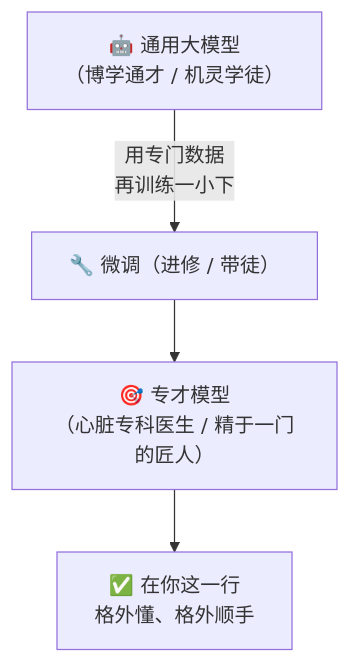
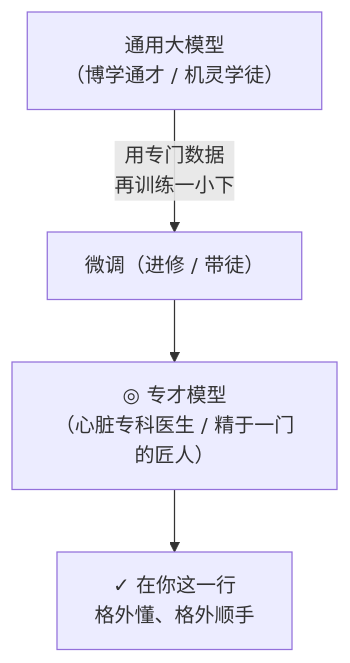
The second of 6 diagrams in docs/02_CONCEPTS_概念入门/CONCEPT/[CONCEPT-25] 什么是微调-FineTuning.md (luckykhy/KhyAiHub), drawn with Mermaid before and after one commit. The commit also changed other lines of this file, not shown here.

````diff
--- a/docs/02_CONCEPTS_概念入门/CONCEPT/[CONCEPT-25] 什么是微调-FineTuning.md
+++ b/docs/02_CONCEPTS_概念入门/CONCEPT/[CONCEPT-25] 什么是微调-FineTuning.md
@@ -72,7 +72,7 @@
 ```mermaid
 flowchart TB
-  BASE["🤖 通用大模型<br/>（博学通才 / 机灵学徒）"]
-  BASE -->|"用专门数据<br/>再训练一小下"| FT["🔧 微调（进修 / 带徒）"]
-  FT --> EXPERT["🎯 专才模型<br/>（心脏专科医生 / 精于一门的匠人）"]
-  EXPERT --> USE["✅ 在你这一行<br/>格外懂、格外顺手"]
+  BASE["通用大模型<br/>（博学通才 / 机灵学徒）"]
+  BASE -->|"用专门数据<br/>再训练一小下"| FT["微调（进修 / 带徒）"]
+  FT --> EXPERT["◎ 专才模型<br/>（心脏专科医生 / 精于一门的匠人）"]
+  EXPERT --> USE["✓ 在你这一行<br/>格外懂、格外顺手"]
 ```
````
